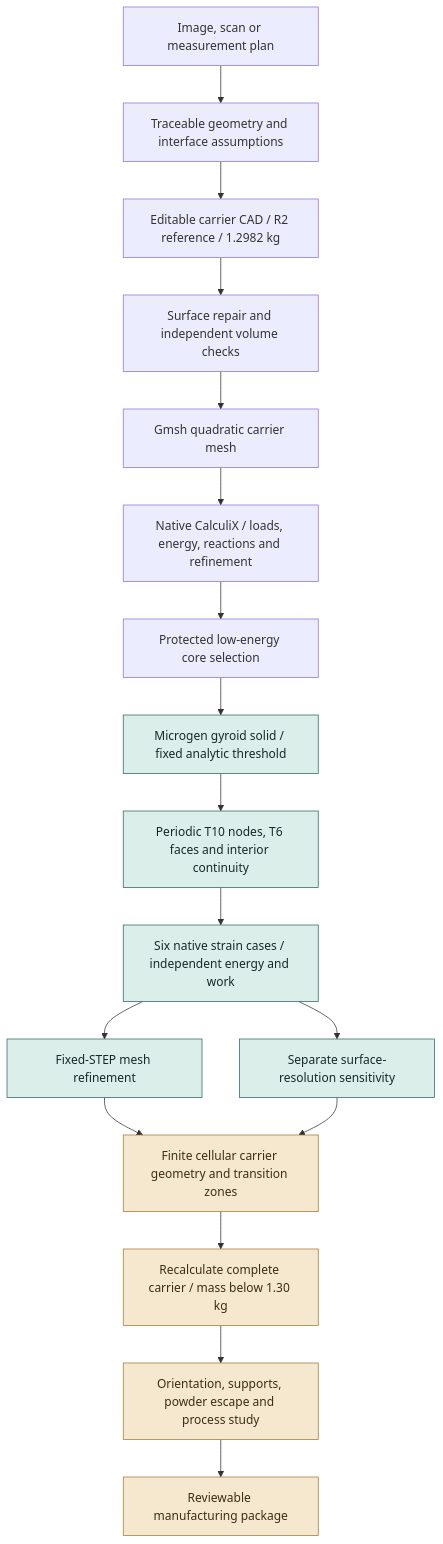
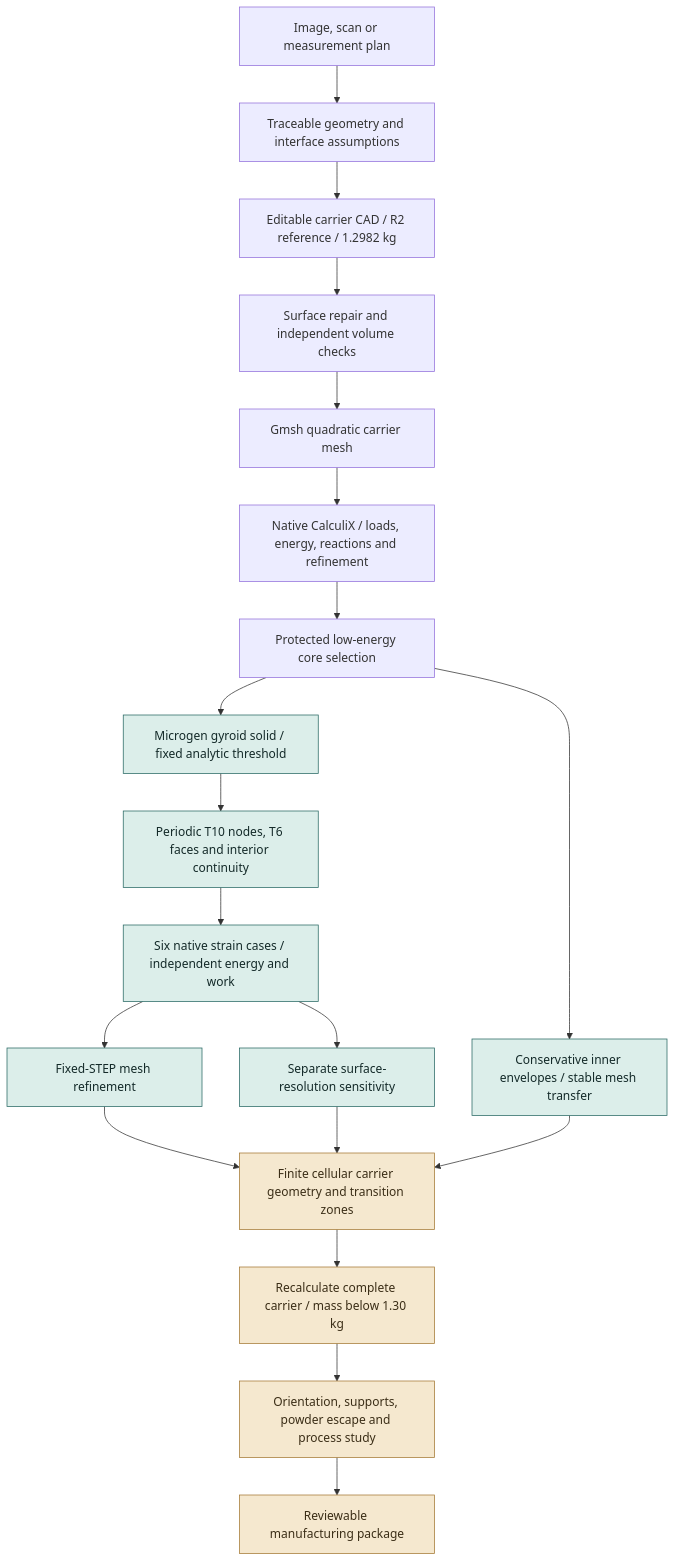
The diagram in docs/reports/carrier-interface-20261028/README.md (cluster2600/porscheparts), drawn with Mermaid before and after one commit. The commit also changed other lines of this file and 50 other files, not shown here.

Commit message:
993 carrier: complete cell refinement and verify conservative core envelopes

````diff
--- a/docs/reports/carrier-interface-20261028/README.md
+++ b/docs/reports/carrier-interface-20261028/README.md
@@ -22,23 +22,25 @@
 ```mermaid
 flowchart TD
     A[Image, scan or measurement plan] --> B[Traceable geometry and interface assumptions]
     B --> C[Editable carrier CAD / R2 reference / 1.2982 kg]
     C --> D[Surface repair and independent volume checks]
     D --> E[Gmsh quadratic carrier mesh]
     E --> F[Native CalculiX / loads, energy, reactions and refinement]
     F --> G[Protected low-energy core selection]
+    G --> Q[Conservative inner envelopes / stable mesh transfer]
     G --> H[Microgen gyroid solid / fixed analytic threshold]
     H --> I[Periodic T10 nodes, T6 faces and interior continuity]
     I --> J[Six native strain cases / independent energy and work]
     J --> K[Fixed-STEP mesh refinement]
     J --> L[Separate surface-resolution sensitivity]
     K --> M[Finite cellular carrier geometry and transition zones]
     L --> M
+    Q --> M
     M --> N[Recalculate complete carrier / mass below 1.30 kg]
     N --> O[Orientation, supports, powder escape and process study]
     O --> P[Reviewable manufacturing package]
     classDef current fill:#dceeea,stroke:#286864,color:#142a29;
     classDef pending fill:#f5e8cf,stroke:#a47935,color:#3b2e17;
-    class H,I,J,K,L current;
+    class H,I,J,K,L,Q current;
     class M,N,O,P pending;
 ```
````
